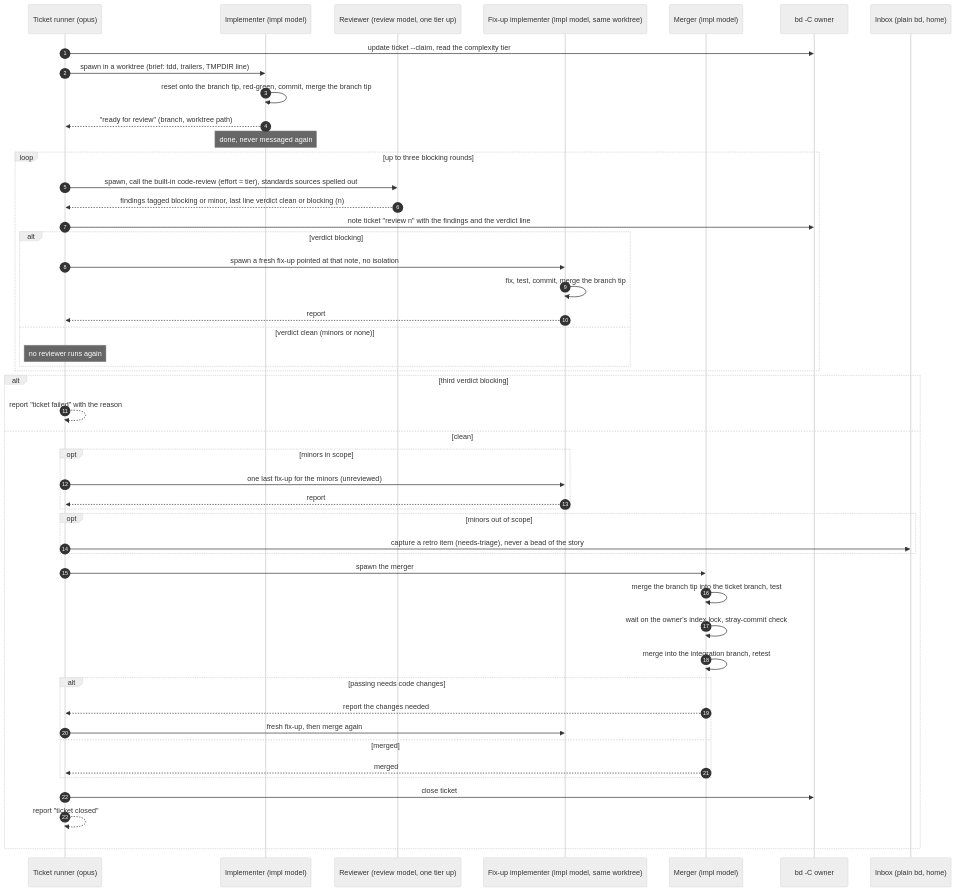
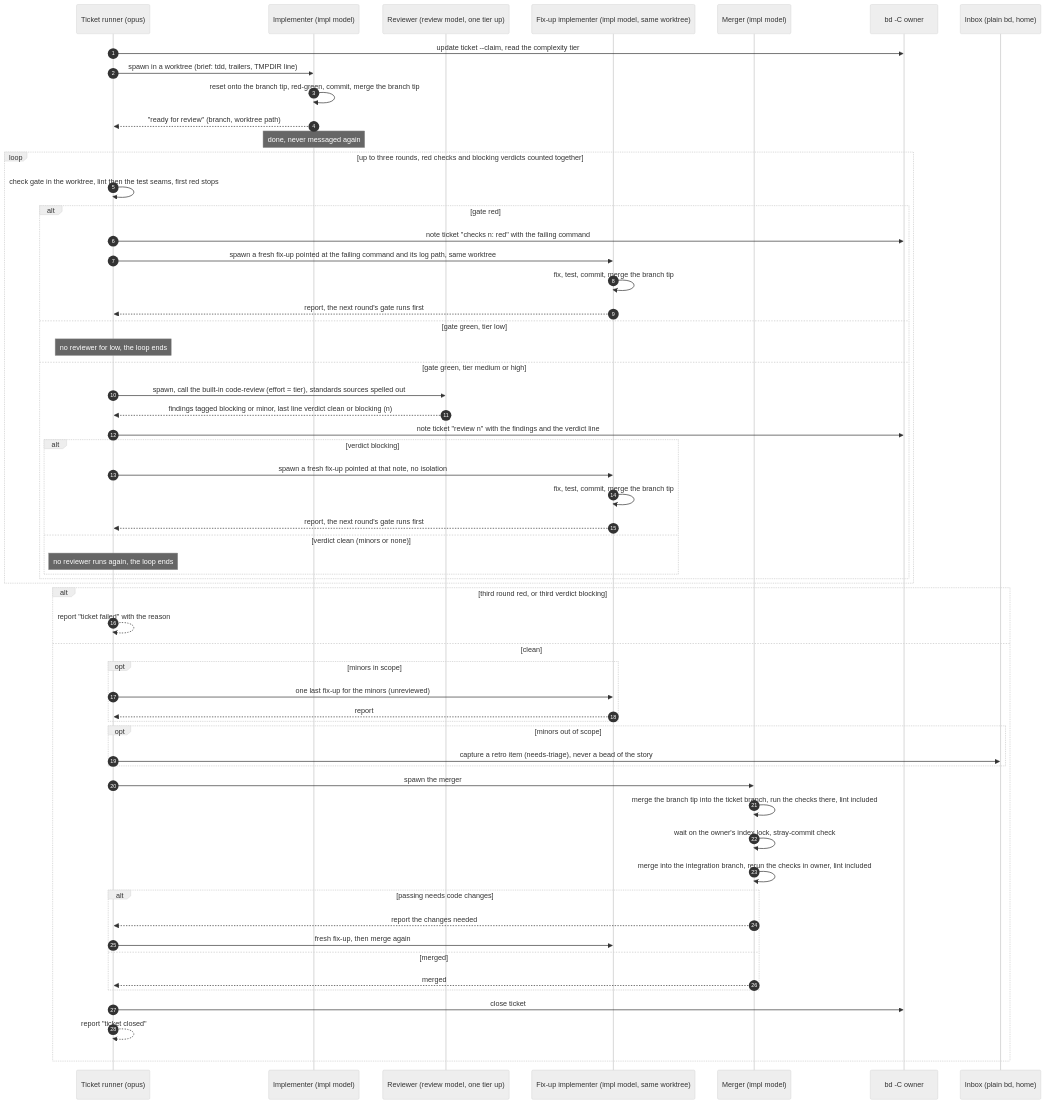
Before and after one commit to kai-matsuda/claude-dev-plugin: the first of 3 diagrams in docs/SEQUENCES.md, drawn with Mermaid (neutral theme). The commit also changed other lines of this file and 9 other files, not shown here.

First line of the commit message:
The check gate: checks run before every reviewer, at both levels (#5)

````diff
--- a/docs/SEQUENCES.md
+++ b/docs/SEQUENCES.md
@@ -24,54 +25,64 @@
 ```mermaid
 sequenceDiagram
     autonumber
     participant R as Ticket runner (opus)
     participant I as Implementer (impl model)
     participant V as Reviewer (review model, one tier up)
     participant F as Fix-up implementer (impl model, same worktree)
     participant M as Merger (impl model)
     participant BD as bd -C owner
     participant IN as Inbox (plain bd, home)
 
     R->>BD: update ticket --claim, read the complexity tier
     R->>I: spawn in a worktree (brief: tdd, trailers, TMPDIR line)
     I->>I: reset onto the branch tip, red-green, commit, merge the branch tip
     I-->>R: "ready for review" (branch, worktree path)
     Note over I: done, never messaged again
 
-    loop up to three blocking rounds
-        R->>V: spawn, call the built-in code-review (effort = tier), standards sources spelled out
-        V-->>R: findings tagged blocking or minor, last line verdict clean or blocking (n)
-        R->>BD: note ticket "review n" with the findings and the verdict line
-        alt verdict blocking
-            R->>F: spawn a fresh fix-up pointed at that note, no isolation
+    loop up to three rounds, red checks and blocking verdicts counted together
+        R->>R: check gate in the worktree, lint then the test seams, first red stops
+        alt gate red
+            R->>BD: note ticket "checks n: red" with the failing command
+            R->>F: spawn a fresh fix-up pointed at the failing command and its log path, same worktree
             F->>F: fix, test, commit, merge the branch tip
-            F-->>R: report
-        else verdict clean (minors or none)
-            Note over R: no reviewer runs again
+            F-->>R: report, the next round's gate runs first
+        else gate green, tier low
+            Note over R: no reviewer for low, the loop ends
+        else gate green, tier medium or high
+            R->>V: spawn, call the built-in code-review (effort = tier), standards sources spelled out
+            V-->>R: findings tagged blocking or minor, last line verdict clean or blocking (n)
+            R->>BD: note ticket "review n" with the findings and the verdict line
+            alt verdict blocking
+                R->>F: spawn a fresh fix-up pointed at that note, no isolation
+                F->>F: fix, test, commit, merge the branch tip
+                F-->>R: report, the next round's gate runs first
+            else verdict clean (minors or none)
+                Note over R: no reviewer runs again, the loop ends
+            end
         end
     end
 
-    alt third verdict blocking
+    alt third round red, or third verdict blocking
         R-->>R: report "ticket failed" with the reason
     else clean
         opt minors in scope
             R->>F: one last fix-up for the minors (unreviewed)
             F-->>R: report
         end
         opt minors out of scope
             R->>IN: capture a retro item (needs-triage), never a bead of the story
         end
         R->>M: spawn the merger
-        M->>M: merge the branch tip into the ticket branch, test
+        M->>M: merge the branch tip into the ticket branch, run the checks there, lint included
         M->>M: wait on the owner's index.lock, stray-commit check
-        M->>M: merge into the integration branch, retest
+        M->>M: merge into the integration branch, rerun the checks in owner, lint included
         alt passing needs code changes
             M-->>R: report the changes needed
             R->>F: fresh fix-up, then merge again
         else merged
             M-->>R: merged
         end
         R->>BD: close ticket
         R-->>R: report "ticket closed"
     end
 ```
````
